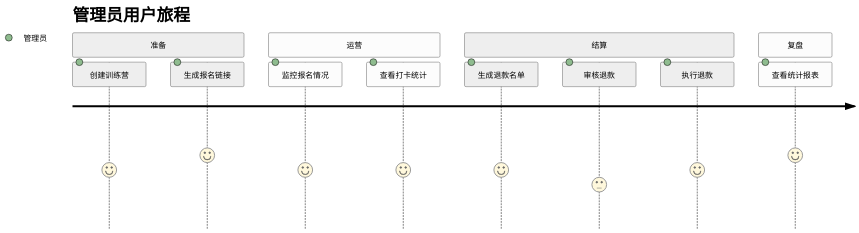
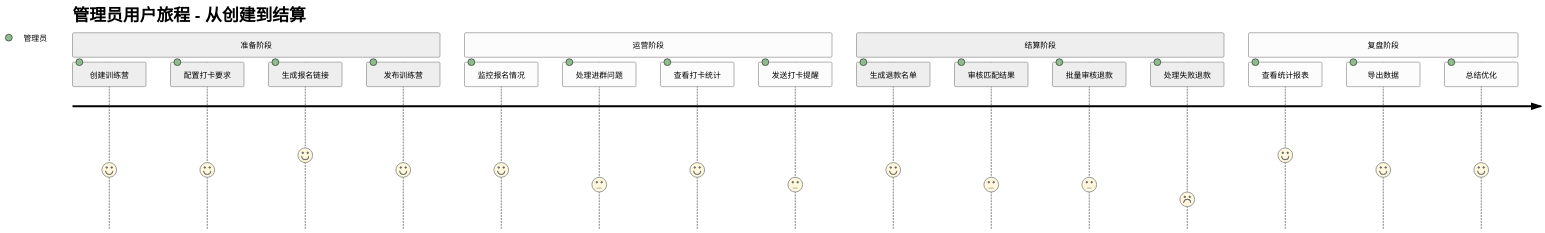
One commit to yiancode/AutoDepositRefundAgent changed the fifth of 48 diagrams in docs/v1/技术方案.md. Above: the diagram before and after it, drawn with Mermaid (neutral theme). The commit also changed other lines of this file and 9 other files, not shown here.

First line of the commit message:
docs: 整合所有图例到技术方案.md，形成完整技术评审文档

````diff
--- a/docs/v1/技术方案.md
+++ b/docs/v1/技术方案.md
@@ -177,16 +325,23 @@
 ```mermaid
 journey
-    title 管理员用户旅程
-    section 准备
+    title 管理员用户旅程 - 从创建到结算
+    section 准备阶段
       创建训练营: 4: 管理员
+      配置打卡要求: 4: 管理员
       生成报名链接: 5: 管理员
-    section 运营
+      发布训练营: 4: 管理员
+    section 运营阶段
       监控报名情况: 4: 管理员
+      处理进群问题: 3: 管理员
       查看打卡统计: 4: 管理员
-    section 结算
+      发送打卡提醒: 3: 管理员
+    section 结算阶段
       生成退款名单: 4: 管理员
-      审核退款: 3: 管理员
-      执行退款: 4: 管理员
-    section 复盘
+      审核匹配结果: 3: 管理员
+      批量审核退款: 3: 管理员
+      处理失败退款: 2: 管理员
+    section 复盘阶段
       查看统计报表: 5: 管理员
+      导出数据: 4: 管理员
+      总结优化: 4: 管理员
 ```
````
